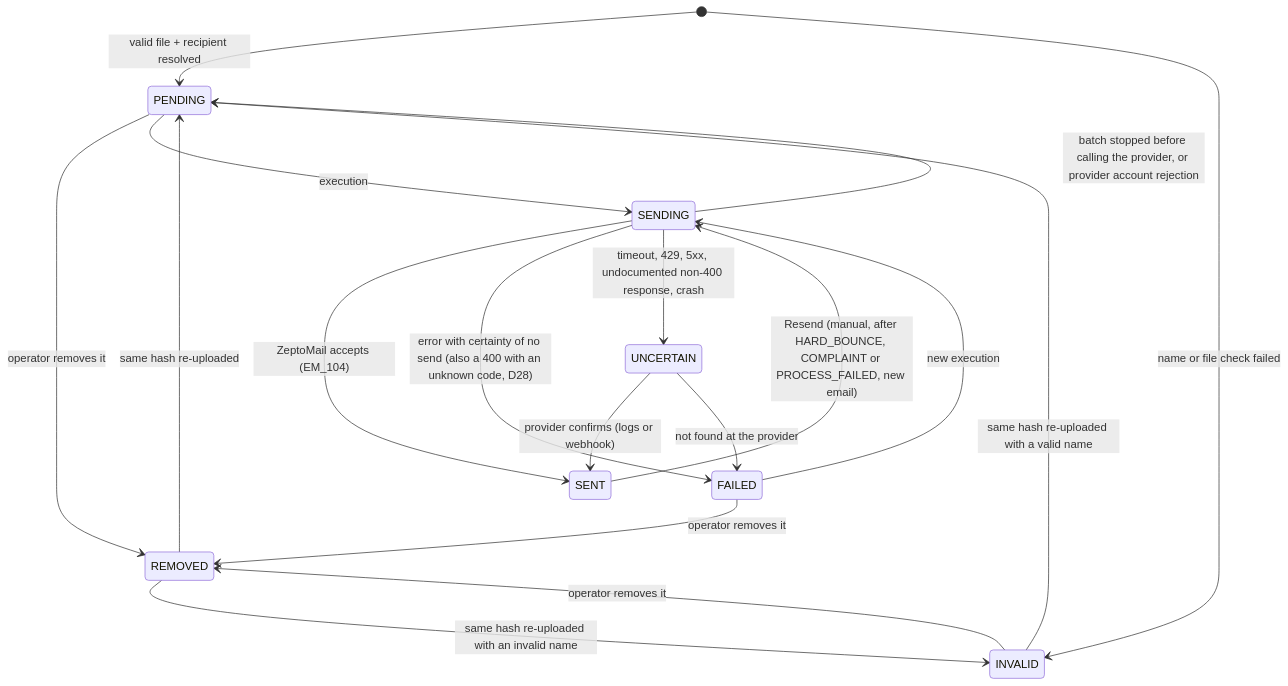
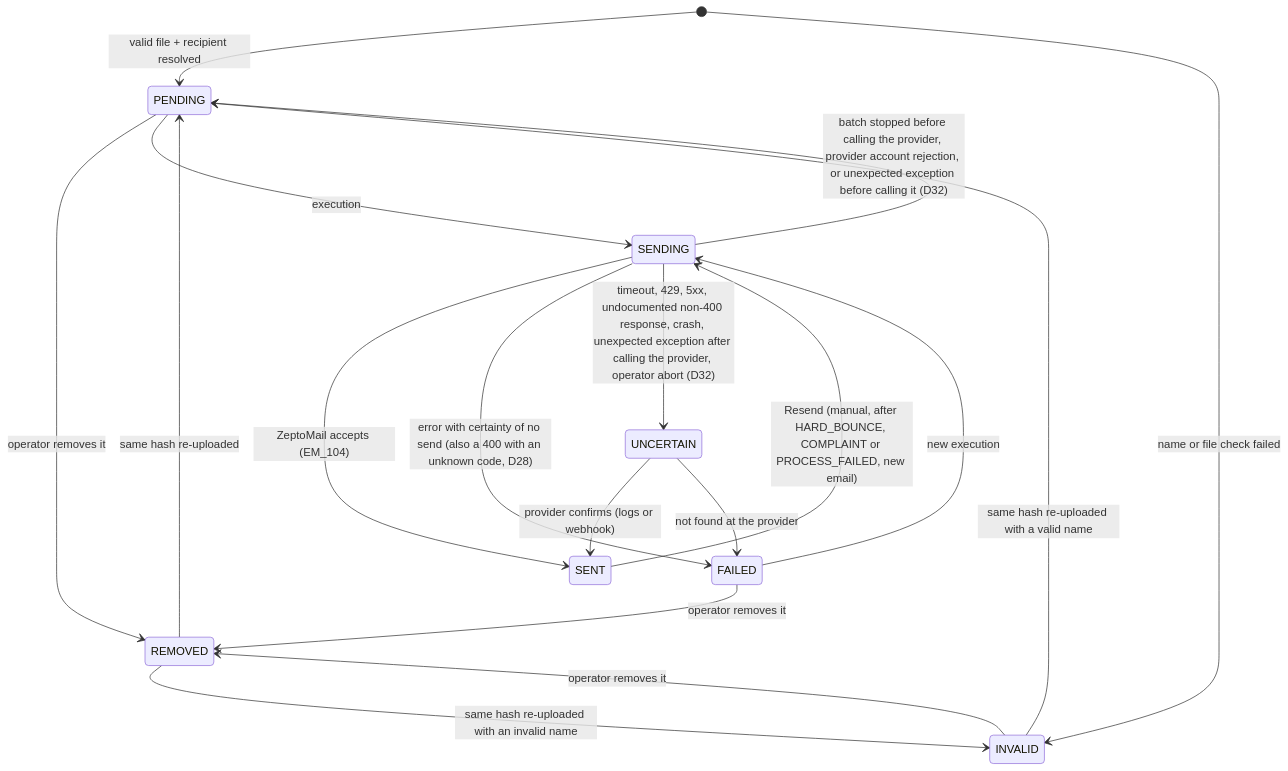
One commit to Ramioy/bulk-mailer-backend changed the fourth of 6 diagrams in docs/architecture/arquitectura.md. Above: the diagram before and after it, drawn with Mermaid. The commit also changed other lines of this file and 2 other files, not shown here.

````diff
--- a/docs/architecture/arquitectura.md
+++ b/docs/architecture/arquitectura.md
@@ -187,20 +195,20 @@
 ```mermaid
 stateDiagram-v2
     [*] --> PENDING: valid file + recipient resolved
     [*] --> INVALID: name or file check failed
     INVALID --> PENDING: same hash re-uploaded with a valid name
     PENDING --> REMOVED: operator removes it
     INVALID --> REMOVED: operator removes it
     FAILED --> REMOVED: operator removes it
     REMOVED --> PENDING: same hash re-uploaded
     REMOVED --> INVALID: same hash re-uploaded with an invalid name
     PENDING --> SENDING: execution
     FAILED --> SENDING: new execution
     SENDING --> SENT: ZeptoMail accepts (EM_104)
     SENDING --> FAILED: error with certainty of no send (also a 400 with an unknown code, D28)
-    SENDING --> PENDING: batch stopped before calling the provider, or provider account rejection
-    SENDING --> UNCERTAIN: timeout, 429, 5xx, undocumented non-400 response, crash
+    SENDING --> PENDING: batch stopped before calling the provider, provider account rejection, or unexpected exception before calling it (D32)
+    SENDING --> UNCERTAIN: timeout, 429, 5xx, undocumented non-400 response, crash, unexpected exception after calling the provider, operator abort (D32)
     UNCERTAIN --> SENT: provider confirms (logs or webhook)
     UNCERTAIN --> FAILED: not found at the provider
     SENT --> SENDING: Resend (manual, after HARD_BOUNCE, COMPLAINT or PROCESS_FAILED, new email)
 ```
````
